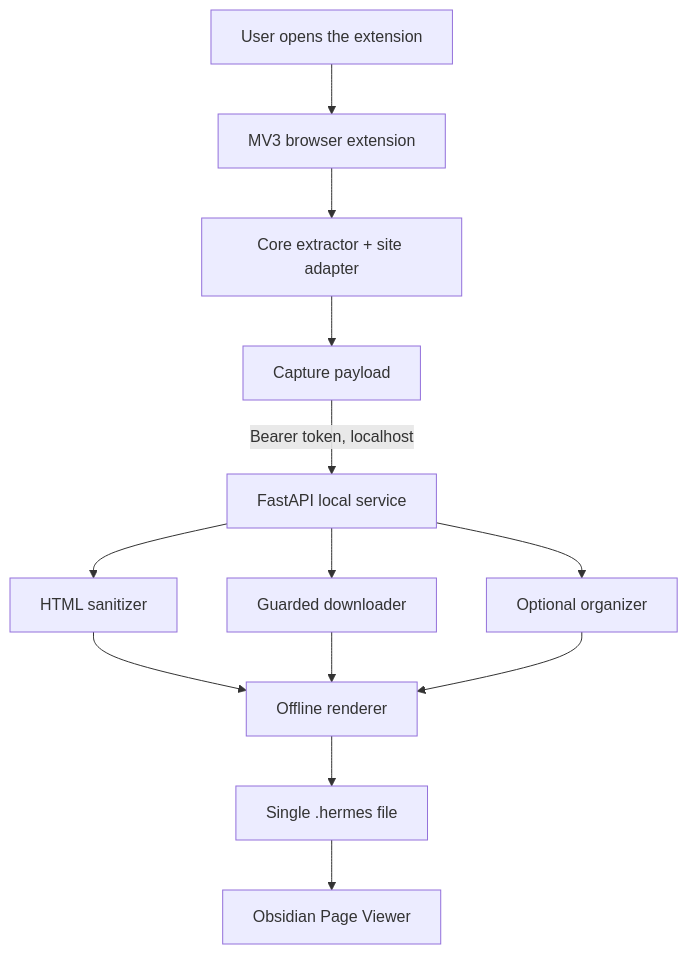
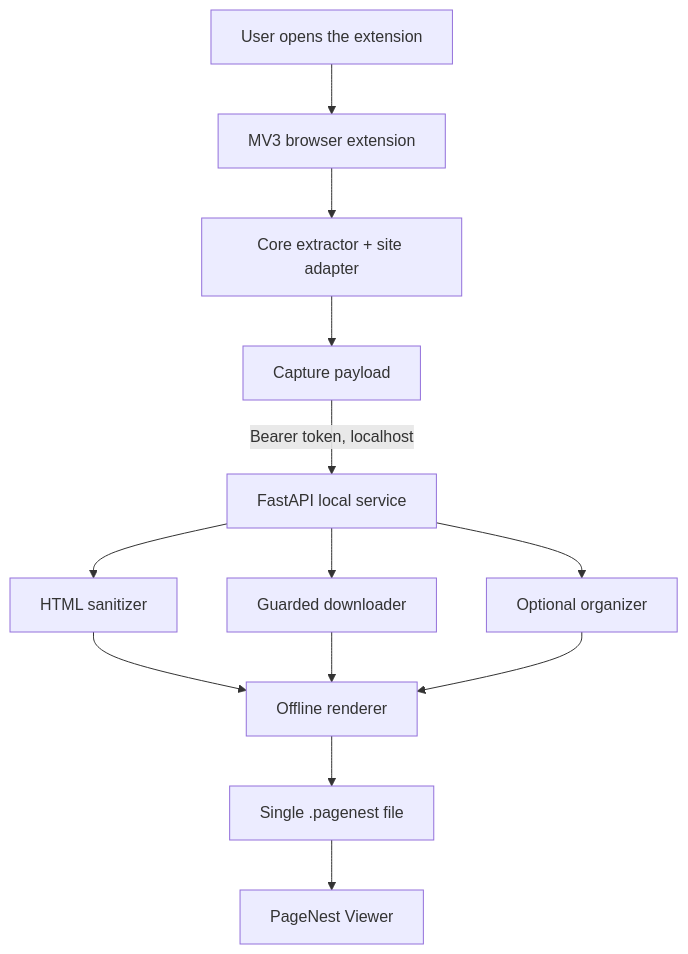
Before and after one commit to WYuHuai/PageNest: the diagram in docs/architecture.md, drawn with Mermaid. The commit also changed other lines of this file and 14 other files, not shown here.

Commit message:
docs: document PageNest installer workflow

````diff
--- a/docs/architecture.md
+++ b/docs/architecture.md
@@ -6,15 +6,15 @@
 ```mermaid
 flowchart TD
     U["User opens the extension"] --> E["MV3 browser extension"]
     E --> X["Core extractor + site adapter"]
     X --> C["Capture payload"]
     C -->|"Bearer token, localhost"| API["FastAPI local service"]
     API --> H["HTML sanitizer"]
     API --> N["Guarded downloader"]
     API --> O["Optional organizer"]
     H --> R["Offline renderer"]
     N --> R
     O --> R
-    R --> F["Single .hermes file"]
-    F --> V["Obsidian Page Viewer"]
+    R --> F["Single .pagenest file"]
+    F --> V["PageNest Viewer"]
 ```
````
